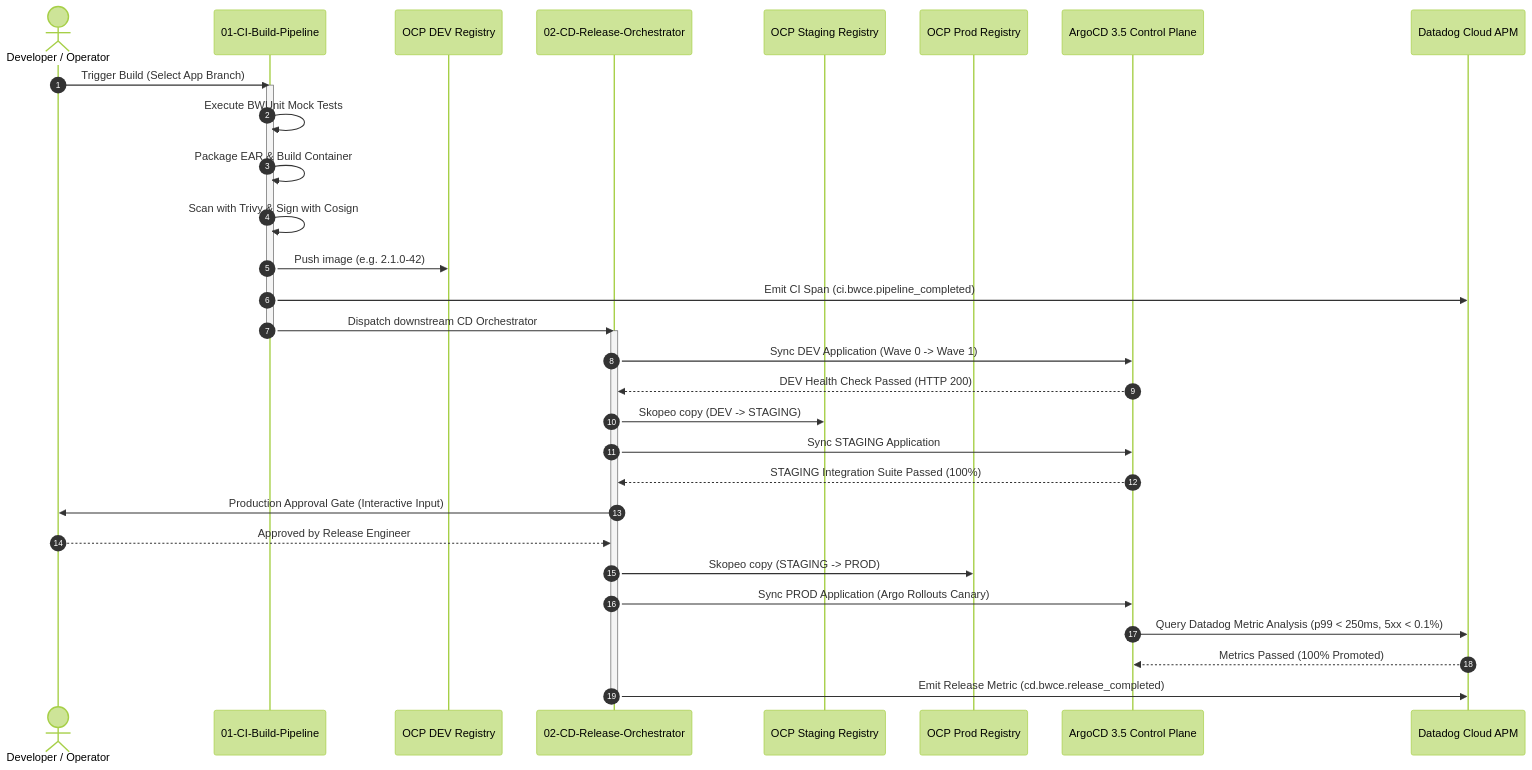
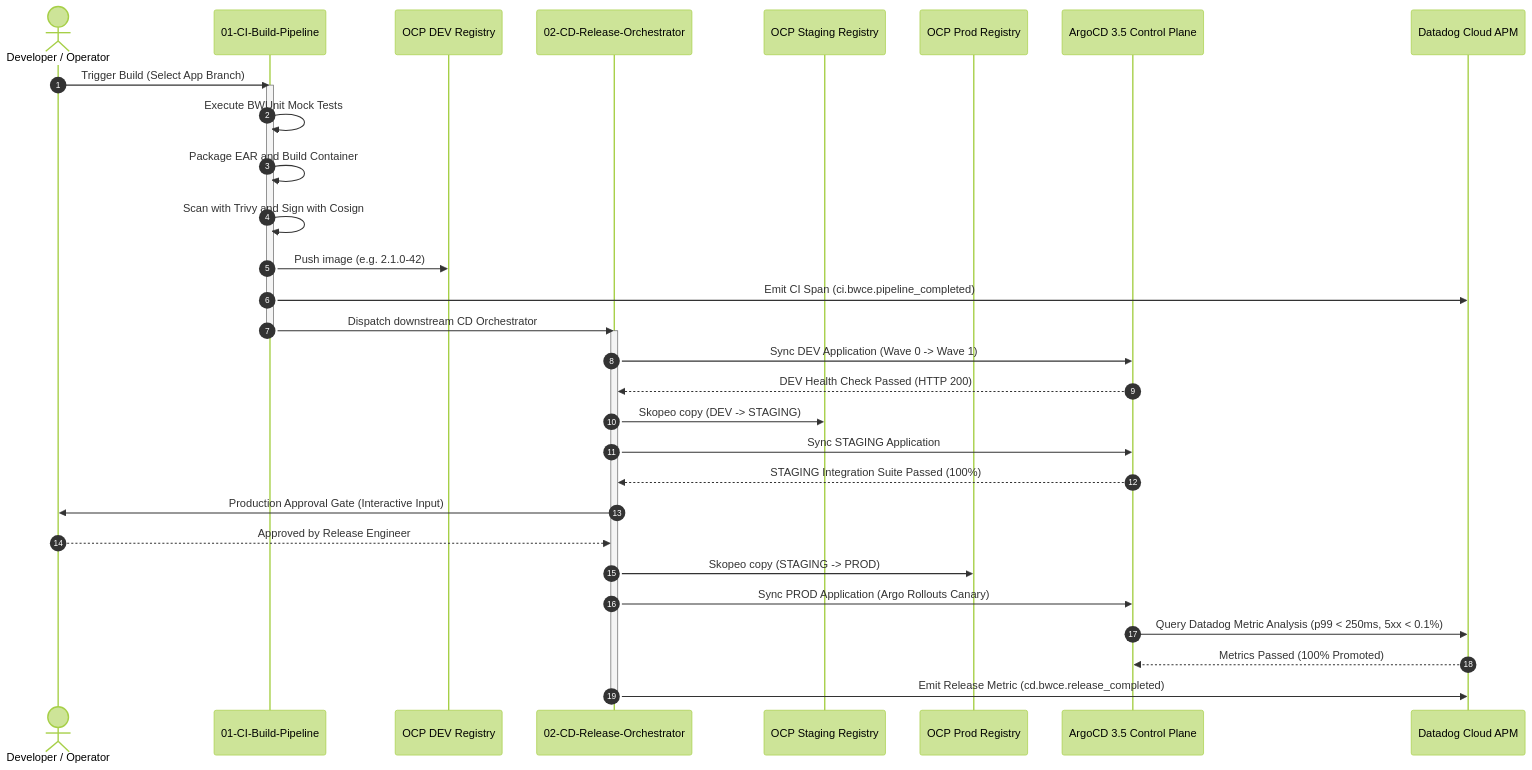
The seventh of 10 diagrams in README.md (nubenetes/jenkins-git-parameter-bwce), drawn with Mermaid (forest theme) before and after one commit. The commit also changed other lines of this file, not shown here.

Commit message:
docs: fold all diagrams and add comprehensive architectural flows with validated Mermaid syntax

````diff
--- a/README.md
+++ b/README.md
@@ -271,39 +395,39 @@
 ```mermaid
 sequenceDiagram
     autonumber
     actor Dev as Developer / Operator
     participant CI as 01-CI-Build-Pipeline
     participant DevReg as OCP DEV Registry
     participant CD as 02-CD-Release-Orchestrator
     participant StgReg as OCP Staging Registry
     participant PrdReg as OCP Prod Registry
     participant Argo as ArgoCD 3.5 Control Plane
     participant DDog as Datadog Cloud APM
 
     Dev->>CI: Trigger Build (Select App Branch)
     activate CI
     CI->>CI: Execute BWUnit Mock Tests
-    CI->>CI: Package EAR & Build Container
-    CI->>CI: Scan with Trivy & Sign with Cosign
+    CI->>CI: Package EAR and Build Container
+    CI->>CI: Scan with Trivy and Sign with Cosign
     CI->>DevReg: Push image (e.g. 2.1.0-42)
     CI->>DDog: Emit CI Span (ci.bwce.pipeline_completed)
     CI->>CD: Dispatch downstream CD Orchestrator
     deactivate CI
 
     activate CD
     CD->>Argo: Sync DEV Application (Wave 0 -> Wave 1)
     Argo-->>CD: DEV Health Check Passed (HTTP 200)
     CD->>StgReg: Skopeo copy (DEV -> STAGING)
     CD->>Argo: Sync STAGING Application
     Argo-->>CD: STAGING Integration Suite Passed (100%)
     
     CD->>Dev: Production Approval Gate (Interactive Input)
     Dev-->>CD: Approved by Release Engineer
 
     CD->>PrdReg: Skopeo copy (STAGING -> PROD)
     CD->>Argo: Sync PROD Application (Argo Rollouts Canary)
     Argo->>DDog: Query Datadog Metric Analysis (p99 < 250ms, 5xx < 0.1%)
     DDog-->>Argo: Metrics Passed (100% Promoted)
     CD->>DDog: Emit Release Metric (cd.bwce.release_completed)
     deactivate CD
 ```
````
